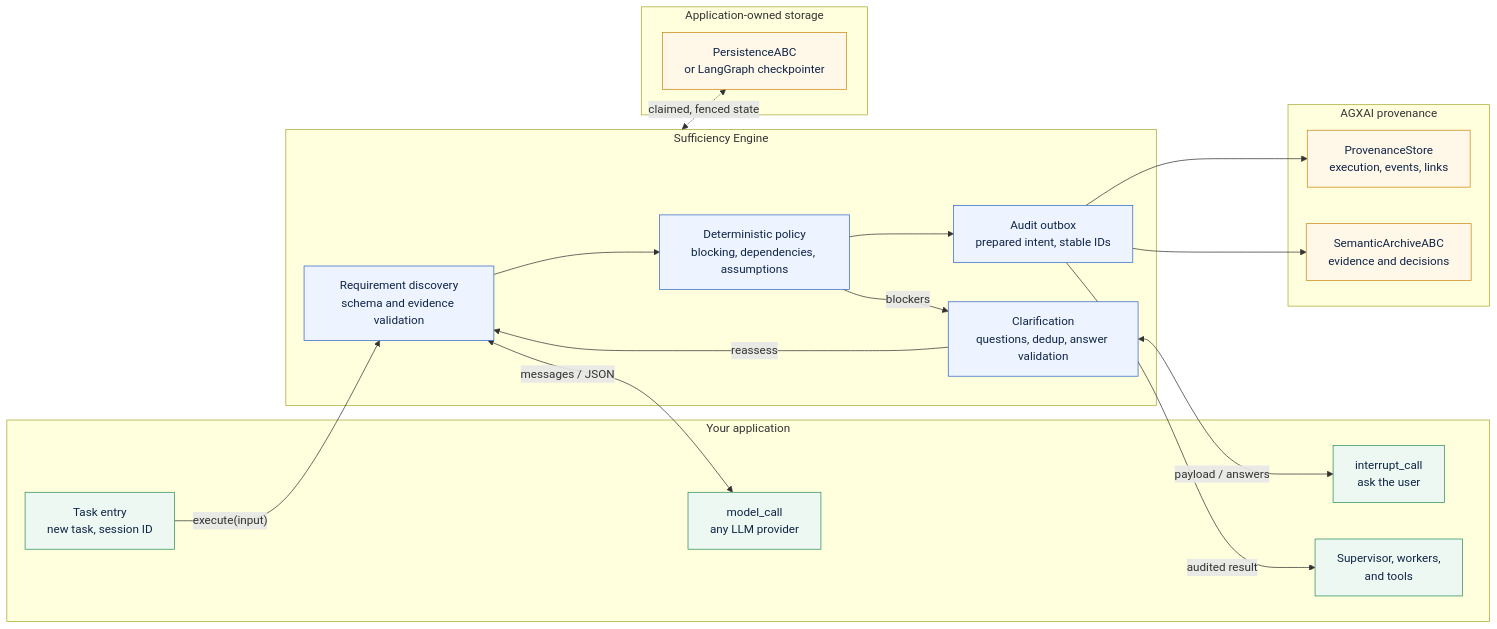
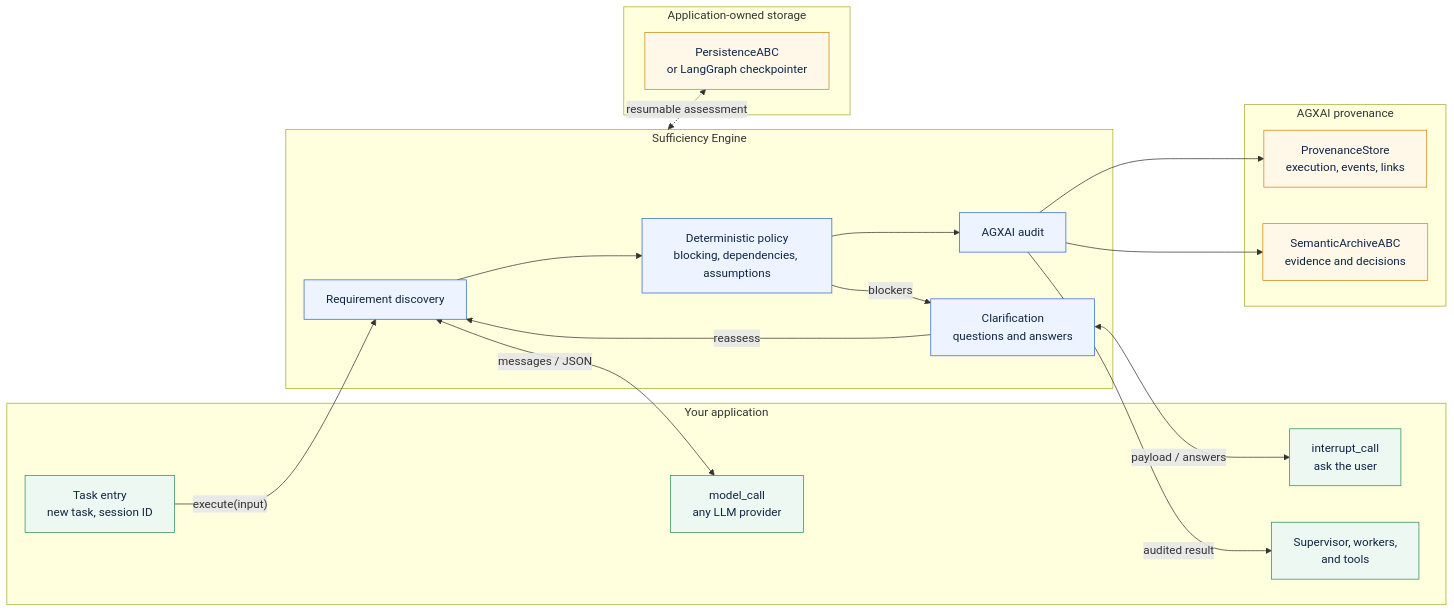
One commit to smuniharish/sufficiency-engine changed the diagram in diagrams/architecture-overview.mmd. Above: the diagram before and after it, drawn with Mermaid. The commit also changed 32 other files, not shown here.

```diff
--- a/diagrams/architecture-overview.mmd
+++ b/diagrams/architecture-overview.mmd
@@ -1,39 +1,39 @@
 flowchart LR
     classDef app fill:#ecf8f1,stroke:#2f8f5b,color:#0f2547
     classDef core fill:#eef4ff,stroke:#3567c7,color:#0f2547
     classDef provider fill:#fff7e8,stroke:#c98a12,color:#0f2547
 
     subgraph Application["Your application"]
         task["Task entry<br/>new task, session ID"]:::app
         model["model_call<br/>any LLM provider"]:::app
         ask["interrupt_call<br/>ask the user"]:::app
         work["Supervisor, workers,<br/>and tools"]:::app
     end
 
     subgraph Engine["Sufficiency Engine"]
-        discover["Requirement discovery<br/>schema and evidence validation"]:::core
+        discover["Requirement discovery"]:::core
         policy["Deterministic policy<br/>blocking, dependencies, assumptions"]:::core
-        clarify["Clarification<br/>questions, dedup, answer validation"]:::core
-        outbox["Audit outbox<br/>prepared intent, stable IDs"]:::core
+        clarify["Clarification<br/>questions and answers"]:::core
+        audit["AGXAI audit"]:::core
     end
 
     subgraph Storage["Application-owned storage"]
         sessions["PersistenceABC<br/>or LangGraph checkpointer"]:::provider
     end
 
     subgraph AGXAI["AGXAI provenance"]
         store["ProvenanceStore<br/>execution, events, links"]:::provider
         archive["SemanticArchiveABC<br/>evidence and decisions"]:::provider
     end
 
     task -- "execute(input)" --> discover
     discover <-- "messages / JSON" --> model
     discover --> policy
     policy -- "blockers" --> clarify
     clarify <-- "payload / answers" --> ask
     clarify -- "reassess" --> discover
-    policy --> outbox
-    outbox --> store
-    outbox --> archive
-    Engine <-. "claimed, fenced state" .-> sessions
-    outbox -- "audited result" --> work
+    policy --> audit
+    audit --> store
+    audit --> archive
+    Engine <-. "resumable assessment" .-> sessions
+    audit -- "audited result" --> work
```
